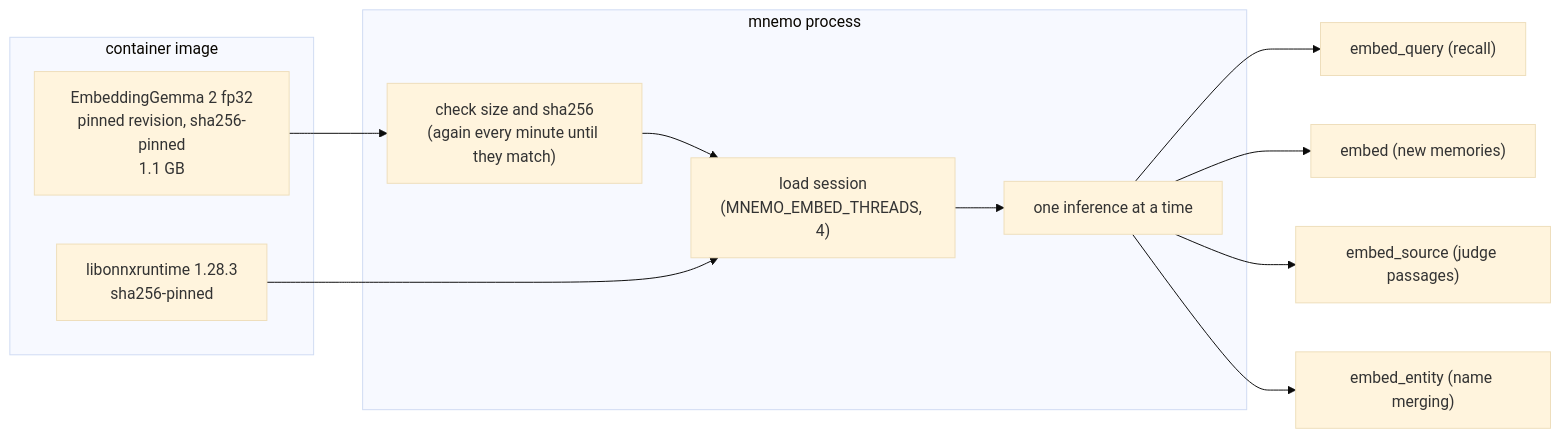
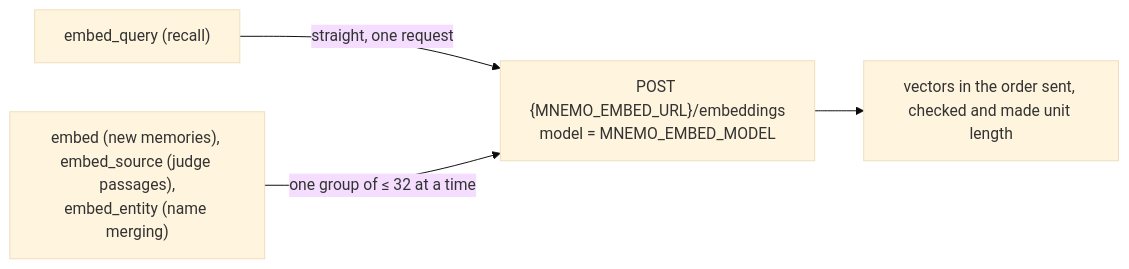
One commit to mariojcr/mnemo changed the first of 2 diagrams in docs/embeddings.md. Above: the diagram before and after it, drawn with Mermaid (base theme). The commit also changed other lines of this file and 14 other files, not shown here.

First line of the commit message:
refactor: EmbeddingGemma 2 from an embeddings endpoint, no ONNX Runtime in the image (#9)

````diff
--- a/docs/embeddings.md
+++ b/docs/embeddings.md
@@ -11,17 +12,6 @@
 ```mermaid
 flowchart LR
-    subgraph image["container image"]
-        ORT["libonnxruntime 1.28.3<br/>sha256-pinned"]
-        MOD["EmbeddingGemma 2 fp32<br/>pinned revision, sha256-pinned<br/>1.1 GB"]
-    end
-    subgraph process["mnemo process"]
-        CHK["check size and sha256<br/>(again every minute until they match)"] --> LOAD["load session<br/>(MNEMO_EMBED_THREADS, 4)"]
-        LOAD --> SEM["one inference at a time"]
-    end
-    MOD --> CHK
-    ORT --> LOAD
-    SEM --> Q["embed_query (recall)"]
-    SEM --> D["embed (new memories)"]
-    SEM --> P["embed_source (judge passages)"]
-    SEM --> N["embed_entity (name merging)"]
+    Q["embed_query (recall)"] -- "straight, one request" --> GW["POST {MNEMO_EMBED_URL}/embeddings<br/>model = MNEMO_EMBED_MODEL"]
+    BG["embed (new memories), embed_source (judge passages),<br/>embed_entity (name merging)"] -- "one group of ≤ 32 at a time" --> GW
+    GW --> V["vectors in the order sent, checked and made unit length"]
 ```
````
